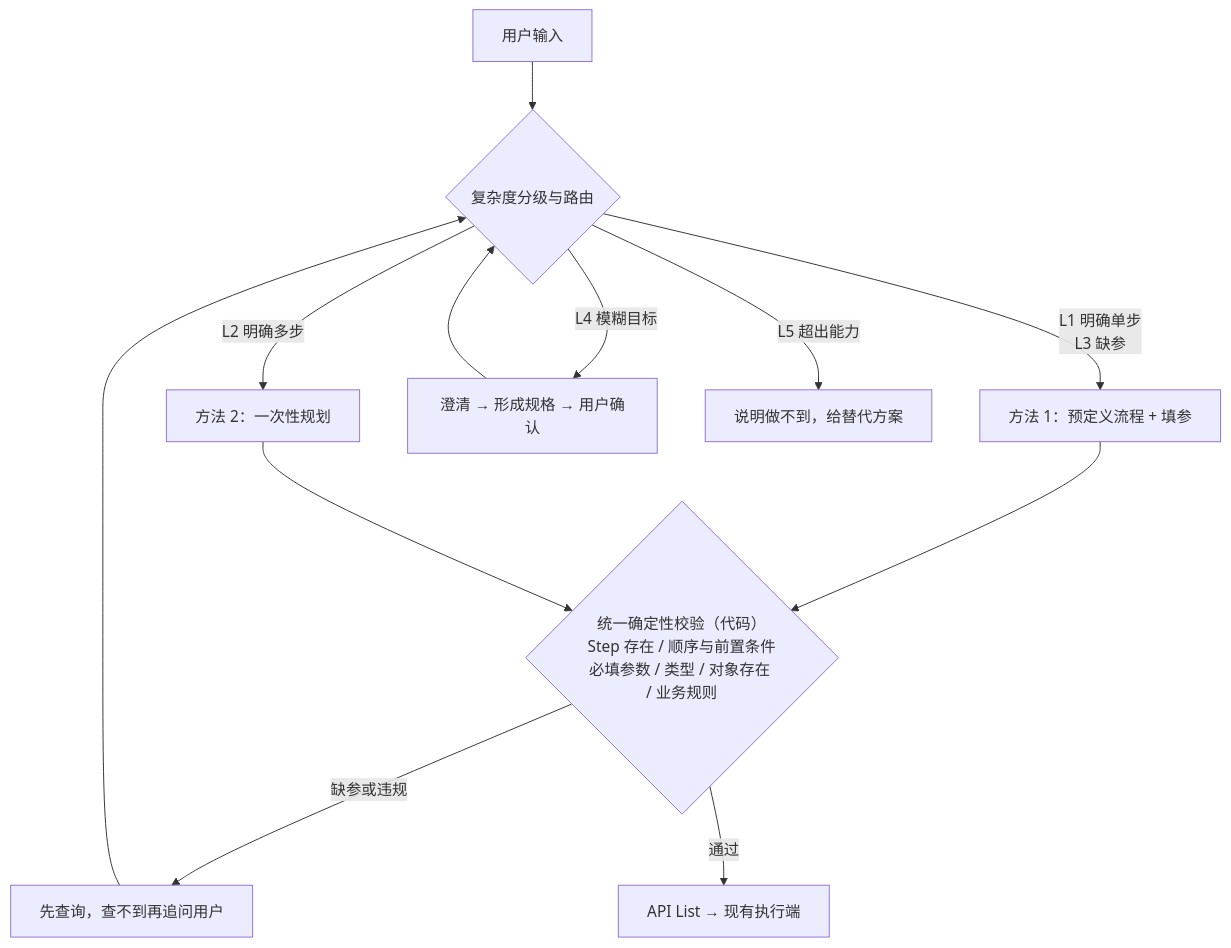
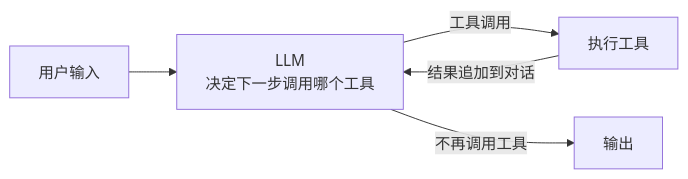
Before and after one commit to tobestrongest/HelloWorld: the sixth of 7 diagrams in docs/nl-to-executable-task.md, drawn with Mermaid. The commit also changed other lines of this file, not shown here.

````diff
--- a/docs/nl-to-executable-task.md
+++ b/docs/nl-to-executable-task.md
@@ -347,14 +188,7 @@
 ```mermaid
-flowchart TD
-    U["用户输入"] --> R{"复杂度分级与路由"}
-    R -- "L1 明确单步<br/>L3 缺参" --> M1["方法 1：预定义流程 + 填参"]
-    R -- "L2 明确多步" --> M2["方法 2：一次性规划"]
-    R -- "L4 模糊目标" --> CL["澄清 → 形成规格 → 用户确认"]
-    R -- "L5 超出能力" --> NO["说明做不到，给替代方案"]
-    CL --> R
-    M1 --> V{"统一确定性校验（代码）<br/>Step 存在 / 顺序与前置条件<br/>必填参数 / 类型 / 对象存在 / 业务规则"}
-    M2 --> V
-    V -- 缺参或违规 --> Q["先查询，查不到再追问用户"]
-    Q --> R
-    V -- 通过 --> OUT["API List → 现有执行端"]
+flowchart LR
+    U["用户输入"] --> L["LLM<br/>决定下一步调用哪个工具"]
+    L -- "工具调用" --> T["执行工具"]
+    T -- "结果追加到对话" --> L
+    L -- "不再调用工具" --> OUT["输出"]
 ```
````
